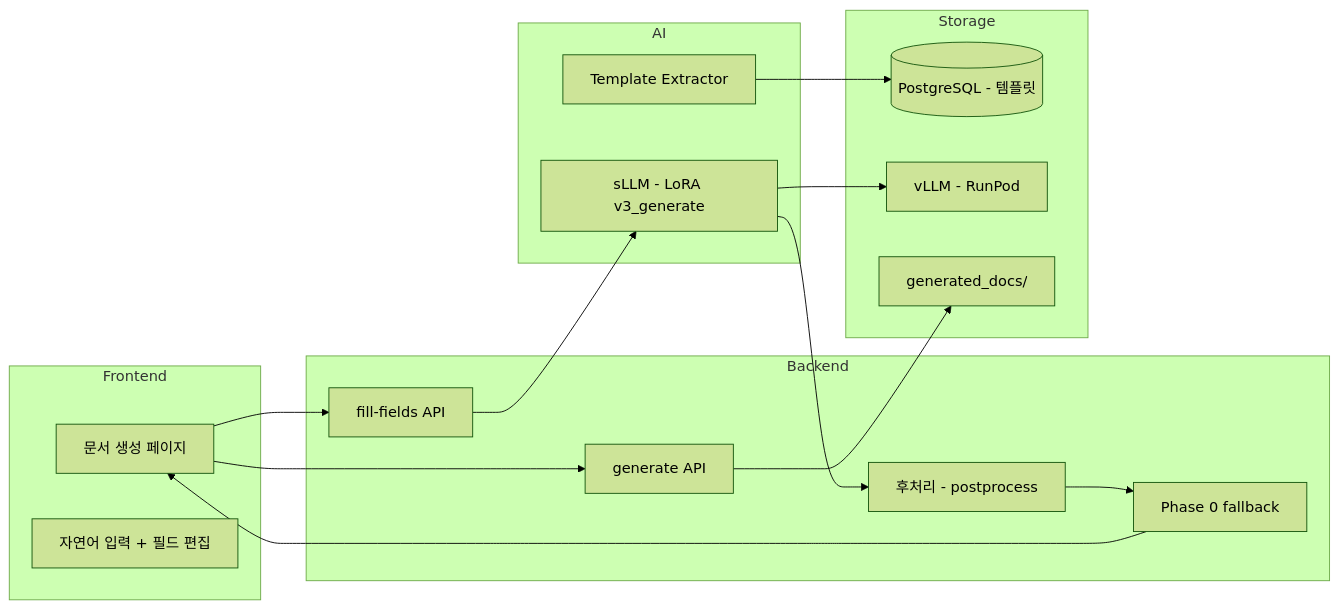
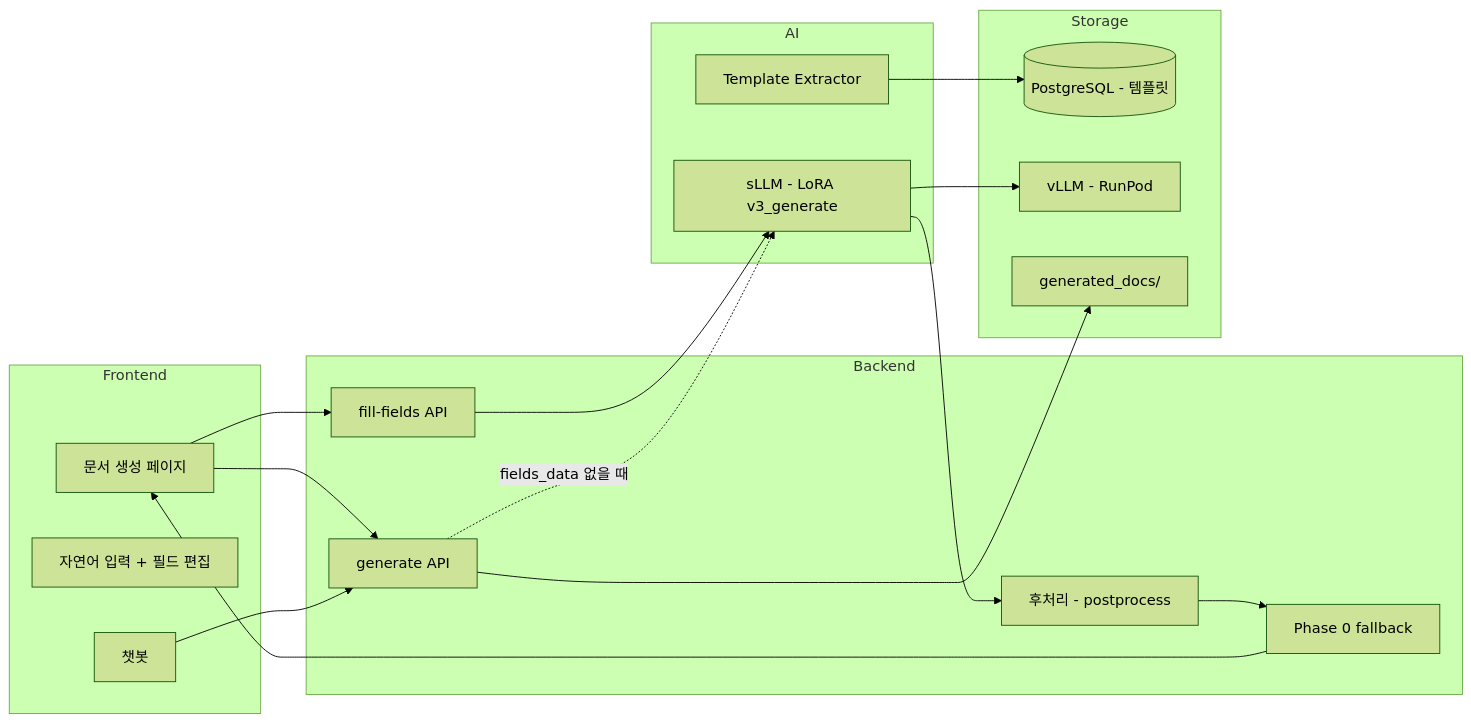
Before and after one commit to SKNETWORKS-FAMILY-AICAMP/SKN21-FINAL-3TEAM: the second of 2 diagrams in docs/TEMPLATE_SYSTEM.md, drawn with Mermaid (forest theme). The commit also changed other lines of this file and 3 other files, not shown here.

First line of the commit message:
refactor: generate sLLM 이중호출 분기 제거 + TEMPLATE_SYSTEM.md 파이프라인 정리

````diff
--- a/docs/TEMPLATE_SYSTEM.md
+++ b/docs/TEMPLATE_SYSTEM.md
@@ -97,35 +114,42 @@
 ```mermaid
 flowchart LR
     subgraph Frontend
         UI[문서 생성 페이지]
         FORM[자연어 입력 + 필드 편집]
+        CHAT[챗봇]
     end
 
     subgraph Backend
         FILL[fill-fields API]
         GEN[generate API]
         PP[후처리 - postprocess]
         P0[Phase 0 fallback]
     end
 
     subgraph AI
         SLLM[sLLM - LoRA v3_generate]
         EXT[Template Extractor]
     end
 
     subgraph Storage
         DB[(PostgreSQL - 템플릿)]
         VLLM[vLLM - RunPod]
         FILE[generated_docs/]
     end
 
+    %% 경로 1: 커스텀 템플릿 (fill-fields → generate)
     UI --> FILL
     FILL --> SLLM
     SLLM --> PP
     PP --> P0
     P0 --> UI
     UI --> GEN
     GEN --> FILE
+
+    %% 경로 2: 챗봇 (generate에서 sLLM 직접 호출)
+    CHAT --> GEN
+    GEN -.->|fields_data 없을 때| SLLM
+
     EXT --> DB
     SLLM --> VLLM
 ```
````
